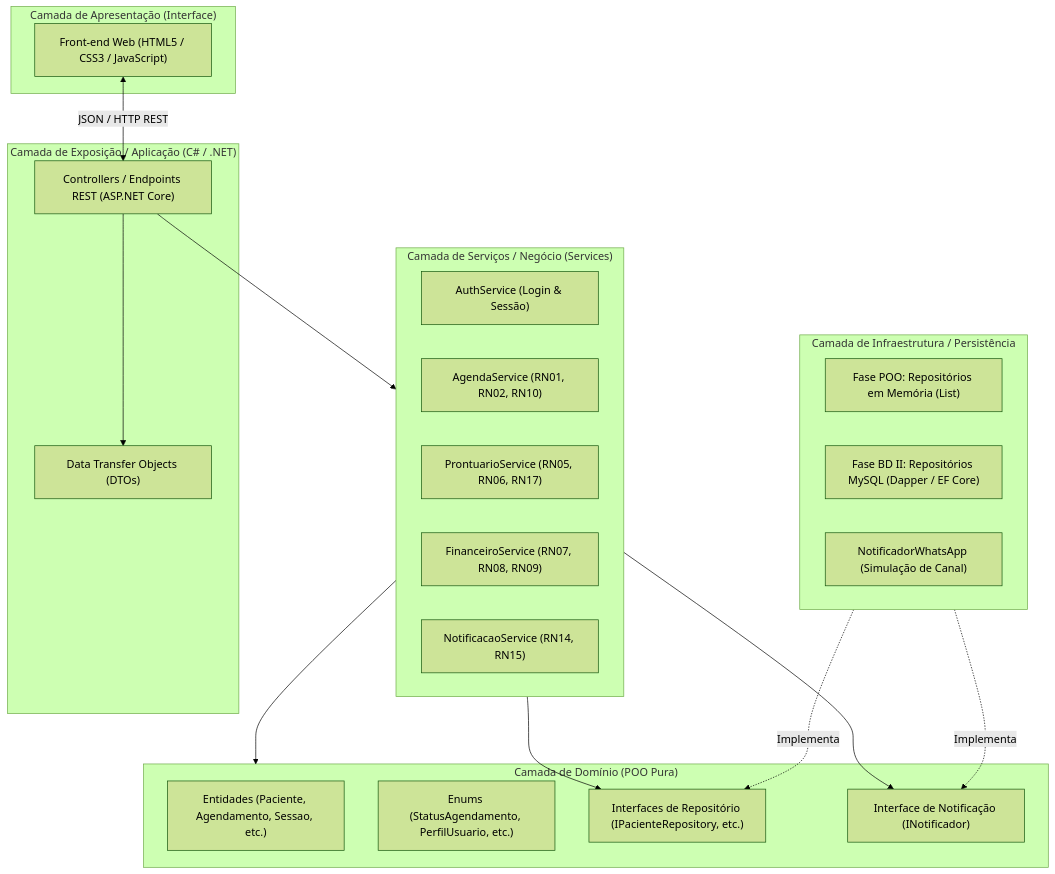
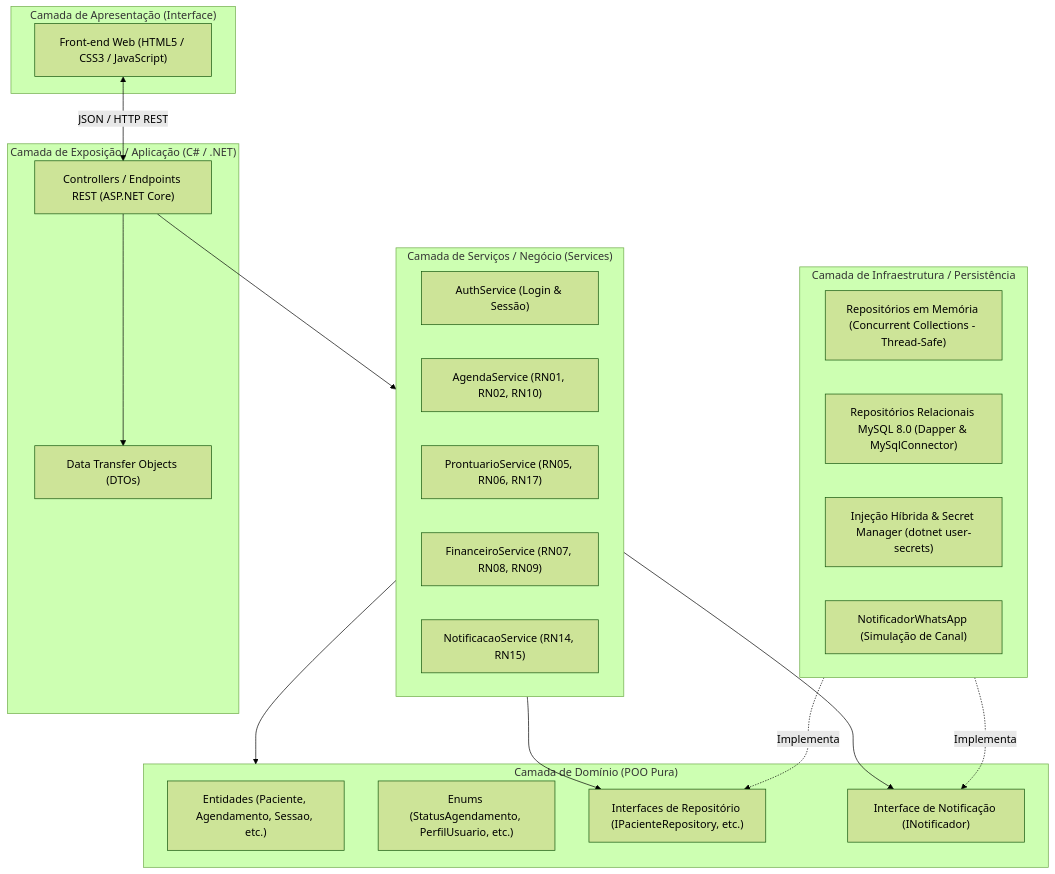
Before and after one commit to Davi-Felinto/Sistema-de-Agendamento-e-Pronturio-para-Clinicas-Pequenas: the first of 4 diagrams in docs/design/SDD_Software_Design_Document.md, drawn with Mermaid (forest theme). The commit also changed other lines of this file and 26 other files, not shown here.

First line of the commit message:
feat: persistência relacional MySQL com Dapper, monitoramento de status e modo in-memory

````diff
--- a/docs/design/SDD_Software_Design_Document.md
+++ b/docs/design/SDD_Software_Design_Document.md
@@ -63,41 +68,42 @@
 ```mermaid
 flowchart TD
     subgraph UI ["Camada de Apresentação (Interface)"]
         WEB["Front-end Web (HTML5 / CSS3 / JavaScript)"]
     end
 
     subgraph API ["Camada de Exposição / Aplicação (C# / .NET)"]
         CTRL["Controllers / Endpoints REST (ASP.NET Core)"]
         DTO["Data Transfer Objects (DTOs)"]
     end
 
     subgraph SERV ["Camada de Serviços / Negócio (Services)"]
         AUTH_S["AuthService (Login & Sessão)"]
         AG_S["AgendaService (RN01, RN02, RN10)"]
         PR_S["ProntuarioService (RN05, RN06, RN17)"]
         FIN_S["FinanceiroService (RN07, RN08, RN09)"]
         NOT_S["NotificacaoService (RN14, RN15)"]
     end
 
     subgraph DOMAIN ["Camada de Domínio (POO Pura)"]
         ENT["Entidades (Paciente, Agendamento, Sessao, etc.)"]
         ENUMS["Enums (StatusAgendamento, PerfilUsuario, etc.)"]
         IR["Interfaces de Repositório (IPacienteRepository, etc.)"]
         INOT["Interface de Notificação (INotificador)"]
     end
 
     subgraph INFRA ["Camada de Infraestrutura / Persistência"]
-        MEM["Fase POO: Repositórios em Memória (List<T>)"]
-        MYSQL["Fase BD II: Repositórios MySQL (Dapper / EF Core)"]
+        MEM["Repositórios em Memória (Concurrent Collections - Thread-Safe)"]
+        MYSQL["Repositórios Relacionais MySQL 8.0 (Dapper & MySqlConnector)"]
+        DI_HYBRID["Injeção Híbrida & Secret Manager (dotnet user-secrets)"]
         WHATS["NotificadorWhatsApp (Simulação de Canal)"]
     end
 
     WEB <-->|"JSON / HTTP REST"| CTRL
     CTRL --> DTO
     CTRL --> SERV
     SERV --> DOMAIN
     SERV --> IR
     SERV --> INOT
     INFRA -.->|Implementa| IR
     INFRA -.->|Implementa| INOT
 ```
````
